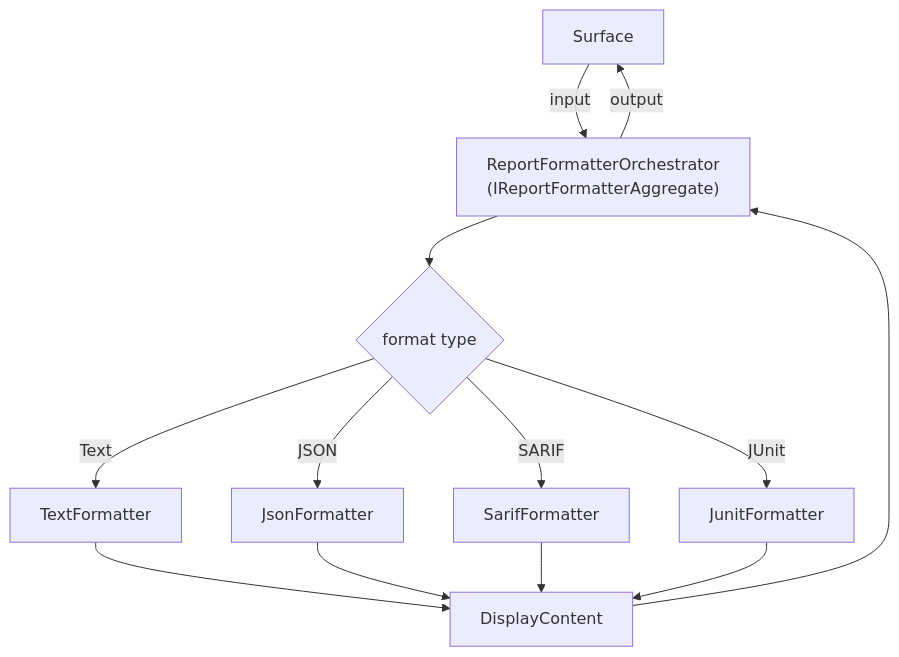
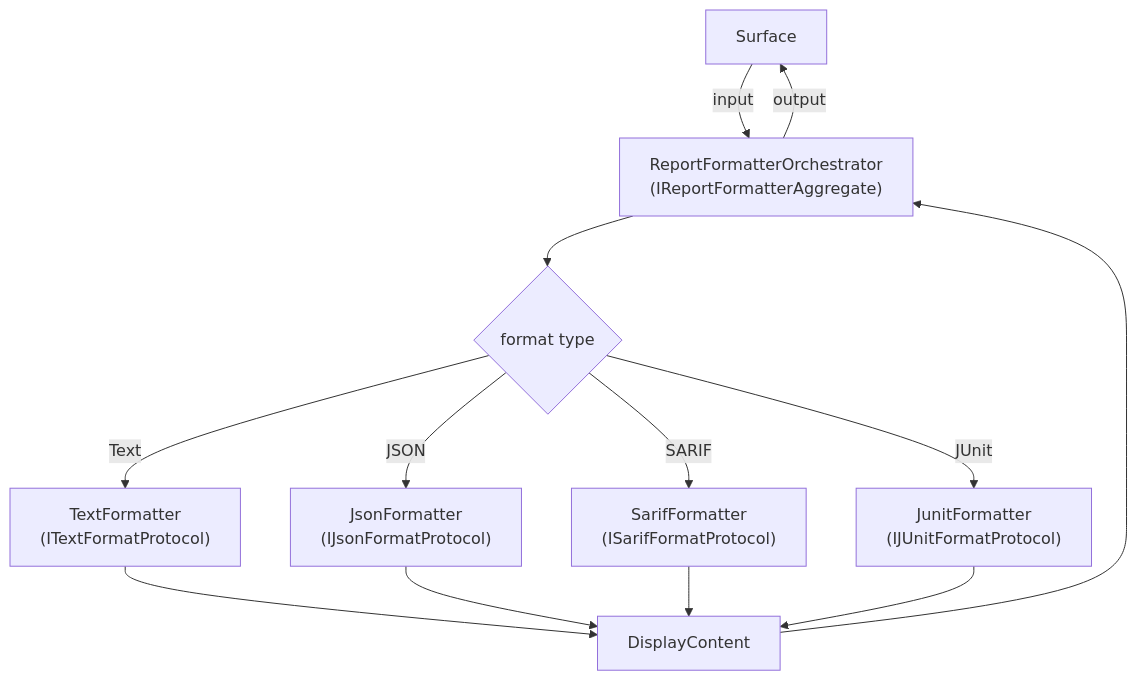
Before and after one commit to rakaarwaky/lint-arwaky: the diagram in crates/report-formatter/FRD.md, drawn with Mermaid. The commit also changed other lines of this file and 42 other files, not shown here.

````diff
--- a/crates/report-formatter/FRD.md
+++ b/crates/report-formatter/FRD.md
@@ -20,18 +20,18 @@
 ```mermaid
 flowchart TD
     A["Surface"] -->|input| B["ReportFormatterOrchestrator\n(IReportFormatterAggregate)"]
     B --> C{"format type"}
 
-    C -->|"Text"| D["TextFormatter"]
-    C -->|"JSON"| E["JsonFormatter"]
-    C -->|"SARIF"| F["SarifFormatter"]
-    C -->|"JUnit"| G["JunitFormatter"]
+    C -->|"Text"| D["TextFormatter\n(ITextFormatProtocol)"]
+    C -->|"JSON"| E["JsonFormatter\n(IJsonFormatProtocol)"]
+    C -->|"SARIF"| F["SarifFormatter\n(ISarifFormatProtocol)"]
+    C -->|"JUnit"| G["JunitFormatter\n(IJUnitFormatProtocol)"]
 
     D --> H["DisplayContent"]
     E --> H
     F --> H
     G --> H
 
     H --> B
     B -->|output| A
 ```
````
